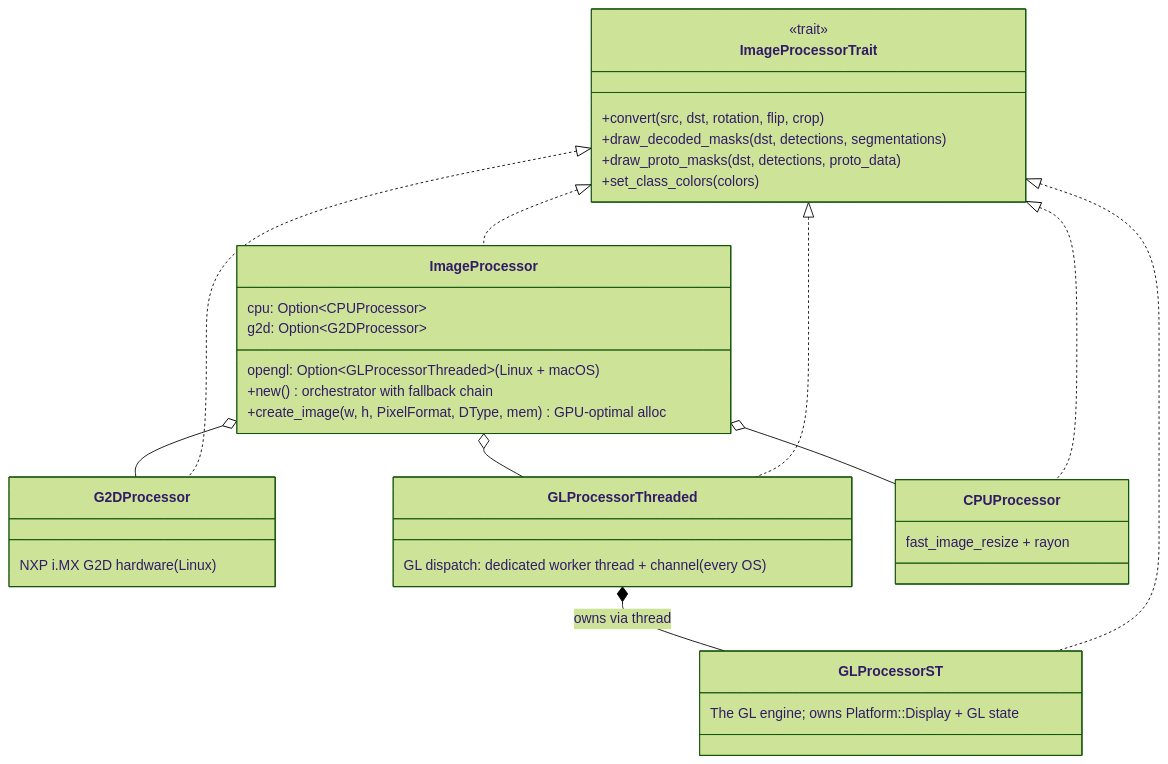
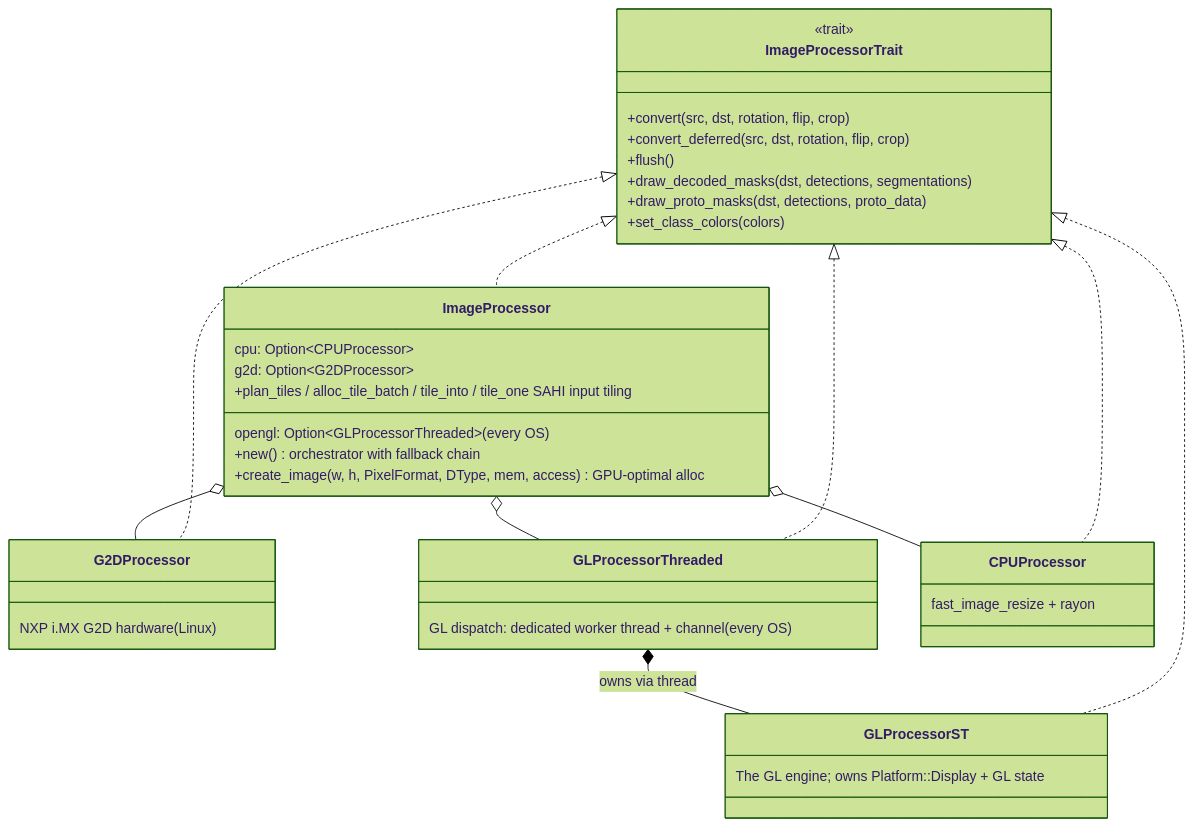
One commit to EdgeFirstAI/hal changed the first of 3 diagrams in crates/image/ARCHITECTURE.md. Above: the diagram before and after it, drawn with Mermaid (forest theme). The commit also changed other lines of this file and 63 other files, not shown here.

````diff
--- a/crates/image/ARCHITECTURE.md
+++ b/crates/image/ARCHITECTURE.md
@@ -55,33 +57,36 @@
 ```mermaid
 classDiagram
     class ImageProcessorTrait {
         <<trait>>
         +convert(src, dst, rotation, flip, crop)
+        +convert_deferred(src, dst, rotation, flip, crop)
+        +flush()
         +draw_decoded_masks(dst, detections, segmentations)
         +draw_proto_masks(dst, detections, proto_data)
         +set_class_colors(colors)
     }
 
     class ImageProcessor {
         cpu: Option~CPUProcessor~
         g2d: Option~G2DProcessor~
-        opengl: Option~GLProcessorThreaded~ (Linux + macOS)
+        opengl: Option~GLProcessorThreaded~ (every OS)
         +new() orchestrator with fallback chain
-        +create_image(w, h, PixelFormat, DType, mem) GPU-optimal alloc
+        +create_image(w, h, PixelFormat, DType, mem, access) GPU-optimal alloc
+        +plan_tiles / alloc_tile_batch / tile_into / tile_one  SAHI input tiling
     }
 
     class G2DProcessor { NXP i.MX G2D hardware (Linux) }
     class GLProcessorThreaded { GL dispatch: dedicated worker thread + channel (every OS) }
     class GLProcessorST { The GL engine; owns Platform::Display + GL state }
     class CPUProcessor { fast_image_resize + rayon }
 
     ImageProcessorTrait <|.. ImageProcessor
     ImageProcessorTrait <|.. G2DProcessor
     ImageProcessorTrait <|.. GLProcessorThreaded
     ImageProcessorTrait <|.. GLProcessorST
     ImageProcessorTrait <|.. CPUProcessor
     ImageProcessor o-- G2DProcessor
     ImageProcessor o-- GLProcessorThreaded
     ImageProcessor o-- CPUProcessor
     GLProcessorThreaded *-- GLProcessorST : owns via thread
 ```
````
